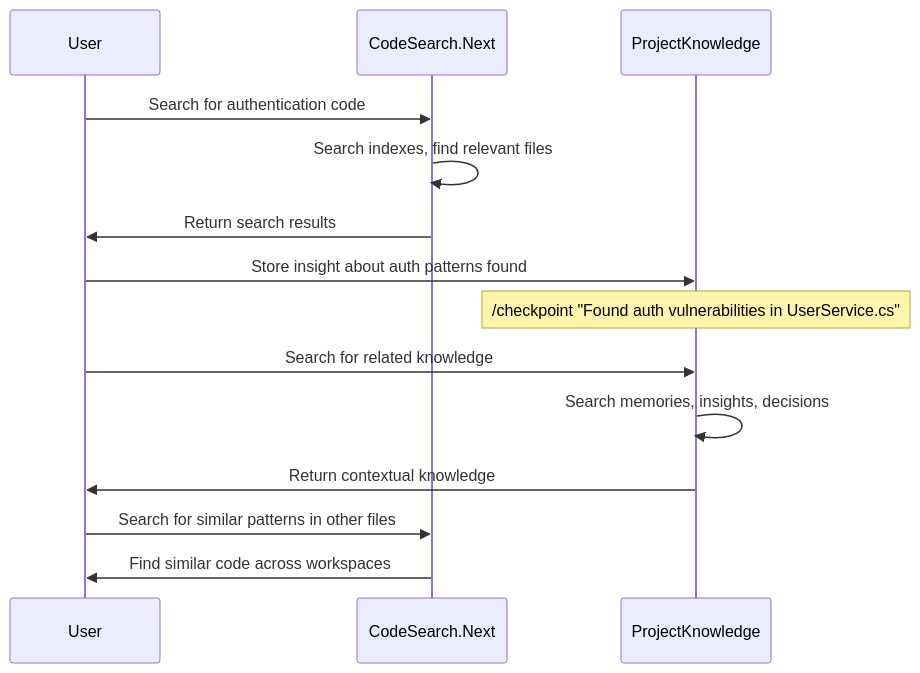
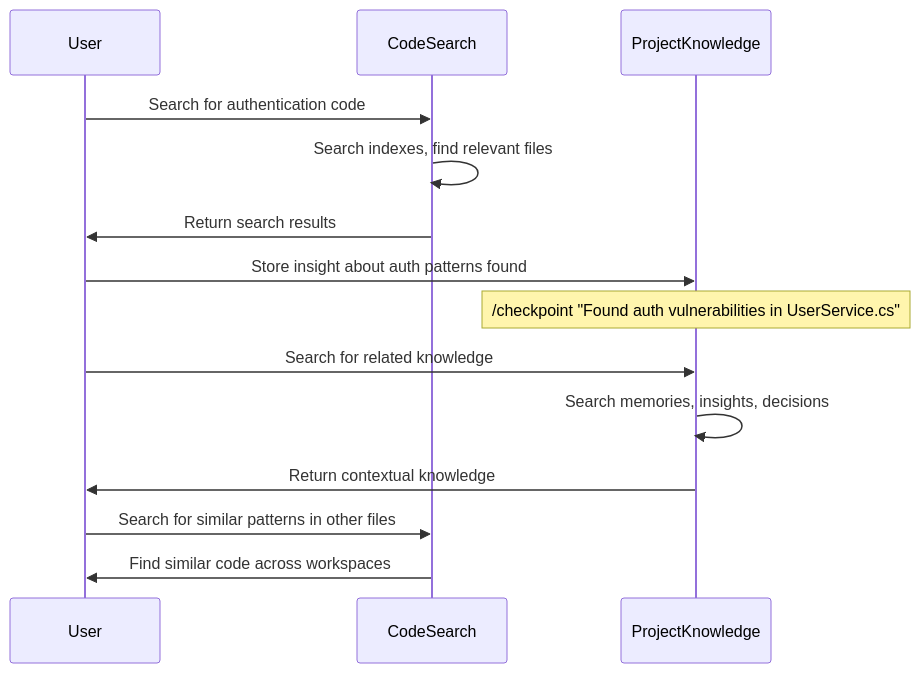
The second of 2 diagrams in COA.CodeSearch.McpServer/docs/CODESEARCH_NEXT_VISION.md (anortham/coa-codesearch-mcp), drawn with Mermaid before and after one commit. The commit also changed other lines of this file and 12 other files, not shown here.

````diff
--- a/COA.CodeSearch.McpServer/docs/CODESEARCH_NEXT_VISION.md
+++ b/COA.CodeSearch.McpServer/docs/CODESEARCH_NEXT_VISION.md
@@ -102,20 +102,20 @@
 ```mermaid
 sequenceDiagram
     participant User
-    participant CS as CodeSearch.Next
+    participant CS as CodeSearch
     participant PK as ProjectKnowledge
     
     User->>CS: Search for authentication code
     CS->>CS: Search indexes, find relevant files
     CS->>User: Return search results
     
     User->>PK: Store insight about auth patterns found
     Note over PK: /checkpoint "Found auth vulnerabilities in UserService.cs"
     
     User->>PK: Search for related knowledge
     PK->>PK: Search memories, insights, decisions
     PK->>User: Return contextual knowledge
     
     User->>CS: Search for similar patterns in other files
     CS->>User: Find similar code across workspaces
 ```
````
